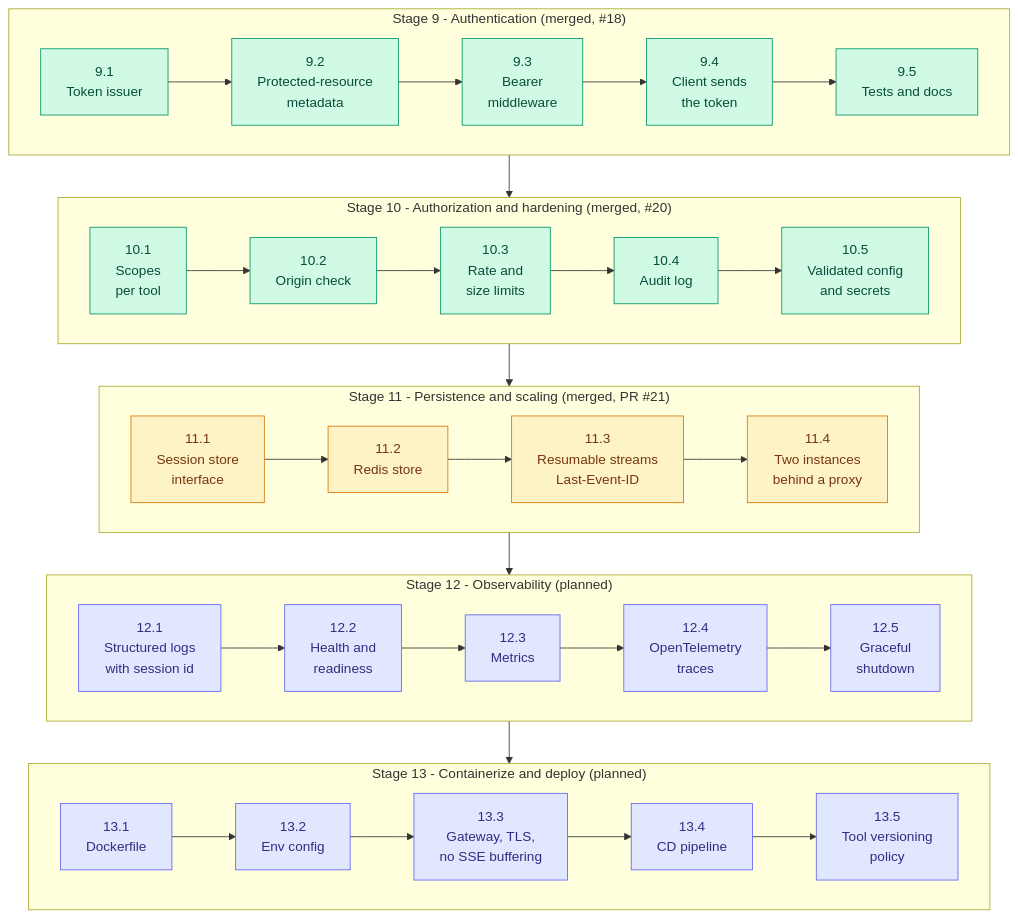
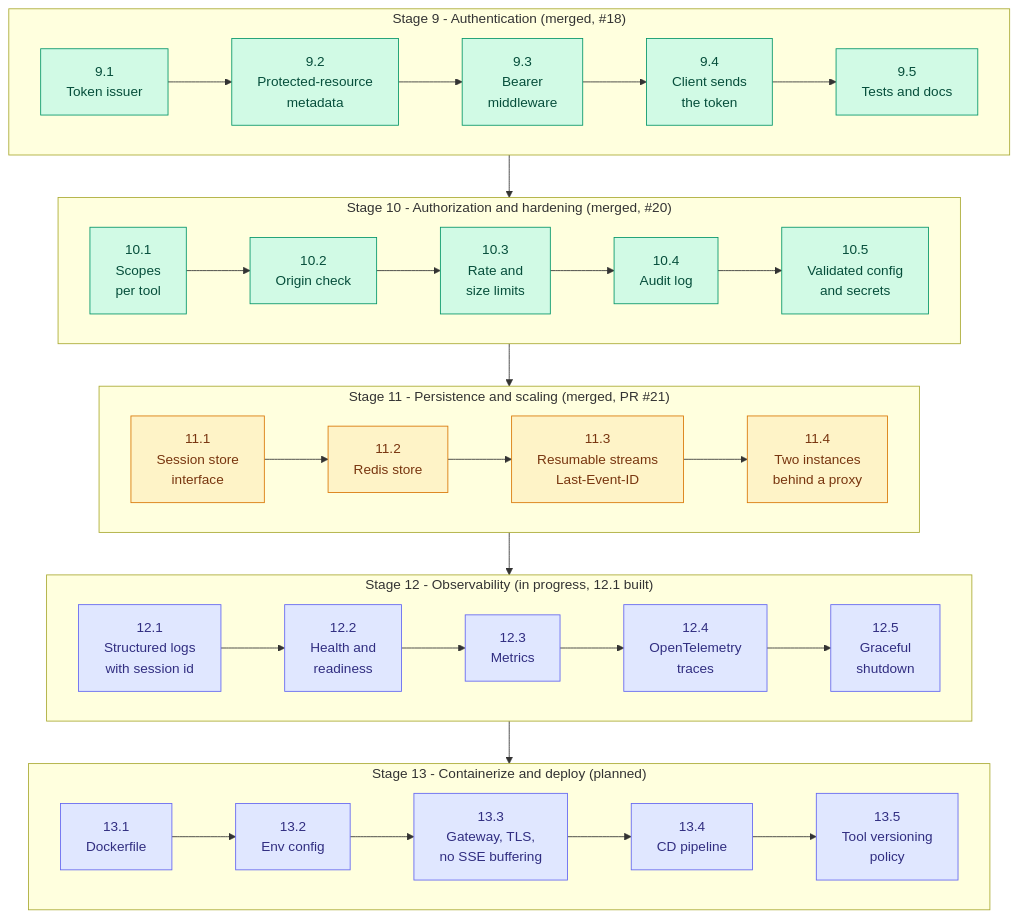
The third of 4 diagrams in README.md (shadmaanAsif/MCP-Explorer), drawn with Mermaid before and after one commit. The commit also changed other lines of this file and 2 other files, not shown here.

First line of the commit message:
Document Stage 12.1 and add its branch doc

````diff
--- a/README.md
+++ b/README.md
@@ -110,30 +111,30 @@
 ```mermaid
 flowchart TB
     subgraph S9["Stage 9 - Authentication (merged, #18)"]
         direction LR
         A1["9.1<br/>Token issuer"] --> A2["9.2<br/>Protected-resource<br/>metadata"] --> A3["9.3<br/>Bearer<br/>middleware"] --> A4["9.4<br/>Client sends<br/>the token"] --> A5["9.5<br/>Tests and docs"]
     end
     subgraph S10["Stage 10 - Authorization and hardening (merged, #20)"]
         direction LR
         B1["10.1<br/>Scopes<br/>per tool"] --> B2["10.2<br/>Origin check"] --> B3["10.3<br/>Rate and<br/>size limits"] --> B4["10.4<br/>Audit log"] --> B5["10.5<br/>Validated config<br/>and secrets"]
     end
     subgraph S11["Stage 11 - Persistence and scaling (merged, PR #21)"]
         direction LR
         C1["11.1<br/>Session store<br/>interface"] --> C2["11.2<br/>Redis store"] --> C3["11.3<br/>Resumable streams<br/>Last-Event-ID"] --> C4["11.4<br/>Two instances<br/>behind a proxy"]
     end
-    subgraph S12["Stage 12 - Observability (planned)"]
+    subgraph S12["Stage 12 - Observability (in progress, 12.1 built)"]
         direction LR
         D1["12.1<br/>Structured logs<br/>with session id"] --> D2["12.2<br/>Health and<br/>readiness"] --> D3["12.3<br/>Metrics"] --> D4["12.4<br/>OpenTelemetry<br/>traces"] --> D5["12.5<br/>Graceful<br/>shutdown"]
     end
     subgraph S13["Stage 13 - Containerize and deploy (planned)"]
         direction LR
         E1["13.1<br/>Dockerfile"] --> E2["13.2<br/>Env config"] --> E3["13.3<br/>Gateway, TLS,<br/>no SSE buffering"] --> E4["13.4<br/>CD pipeline"] --> E5["13.5<br/>Tool versioning<br/>policy"]
     end
     S9 --> S10 --> S11 --> S12 --> S13
     classDef built fill:#d1fae5,stroke:#059669,color:#064e3b
     classDef current fill:#fef3c7,stroke:#d97706,color:#78350f
     classDef planned fill:#e0e7ff,stroke:#6366f1,color:#312e81
     class A1,A2,A3,A4,A5,B1,B2,B3,B4,B5 built
     class C1,C2,C3,C4 current
     class D1,D2,D3,D4,D5,E1,E2,E3,E4,E5 planned
 ```
````
